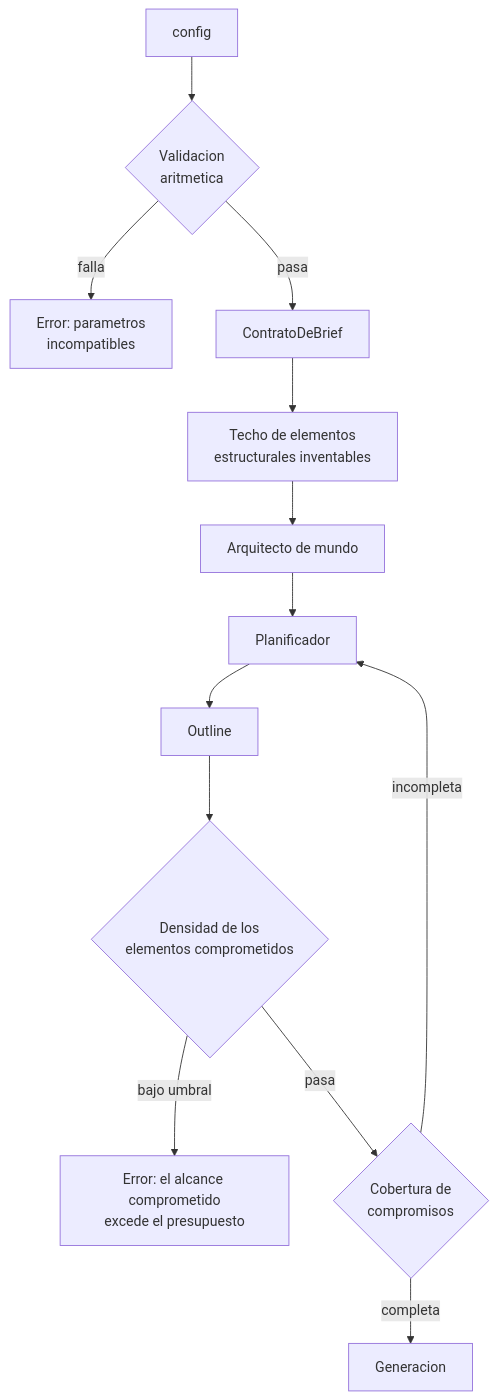
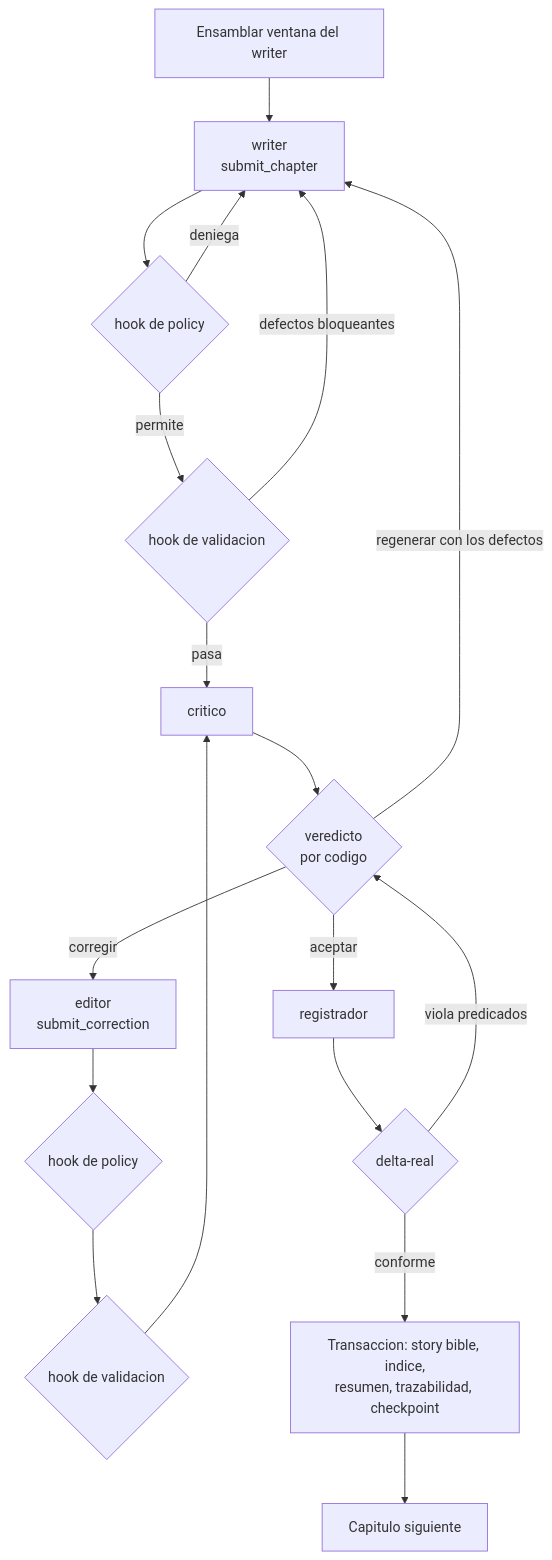
One commit to JNico-rb/story-maker changed the fourth of 10 diagrams in docs/architecture.md. Above: the diagram before and after it, drawn with Mermaid. The commit also changed other lines of this file and 35 other files, not shown here.

````diff
--- a/docs/architecture.md
+++ b/docs/architecture.md
@@ -457,16 +537,20 @@
 ```mermaid
 graph TD
-    CFG[config] --> VAL{Validacion<br/>aritmetica}
-    VAL -->|falla| ERR1[Error: parametros<br/>incompatibles]
-    VAL -->|pasa| CB[ContratoDeBrief]
-
-    CB --> TECH[Techo de elementos<br/>estructurales inventables]
-    TECH --> AM[Arquitecto de mundo]
-    AM --> PLA[Planificador]
-    PLA --> OUT[Outline]
-    OUT --> DEN{Densidad de los<br/>elementos comprometidos}
-    DEN -->|bajo umbral| ERR2[Error: el alcance comprometido<br/>excede el presupuesto]
-    DEN -->|pasa| COB{Cobertura de<br/>compromisos}
-    COB -->|incompleta| PLA
-    COB -->|completa| GEN[Generacion]
+    ENS[Ensamblar ventana del writer] --> W[writer<br/>submit_chapter]
+    W --> HP{hook de policy}
+    HP -->|deniega| W
+    HP -->|permite| HV{hook de validacion}
+    HV -->|defectos bloqueantes| W
+    HV -->|pasa| CR[critico]
+    CR --> VER{veredicto<br/>por codigo}
+    VER -->|corregir| ED[editor<br/>submit_correction]
+    ED --> HP2{hook de policy}
+    HP2 --> HV2{hook de validacion}
+    HV2 --> CR
+    VER -->|regenerar con los defectos| W
+    VER -->|aceptar| REG[registrador]
+    REG --> DR{delta-real}
+    DR -->|viola predicados| VER
+    DR -->|conforme| TX[Transaccion: story bible, indice,<br/>resumen, trazabilidad, checkpoint]
+    TX --> SIG[Capitulo siguiente]
 ```
````
